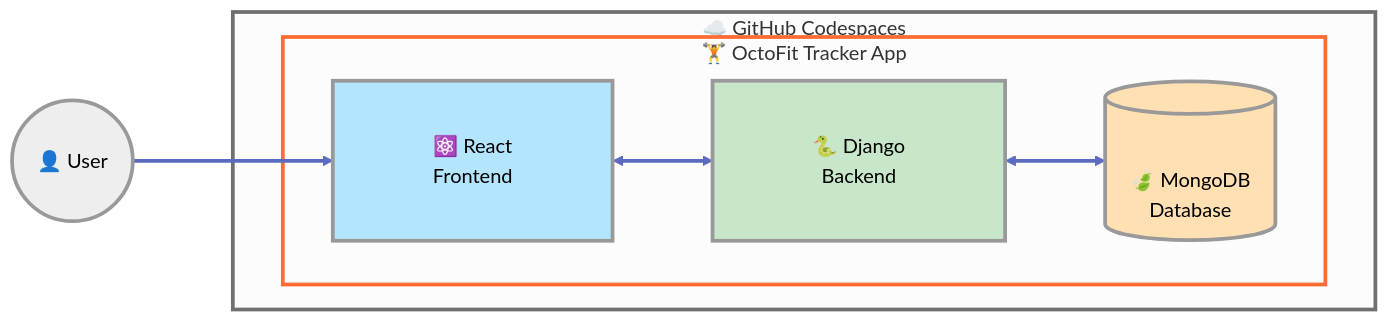
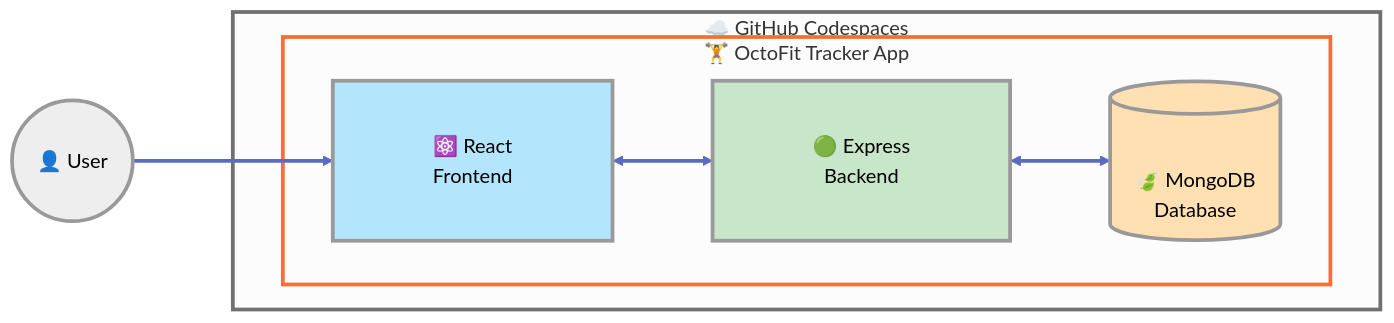
The diagram in README.md (leonardonigri18/build-applications-w-copilot-agent-mode), drawn with Mermaid before and after one commit.

Commit message:
docs: update NOS architecture diagram to the Express logic tier

````diff
--- a/README.md
+++ b/README.md
@@ -31,26 +31,26 @@
 ```mermaid
 %%{init: {'theme': 'neutral', 'themeVariables': { 'primaryColor': '#4a90d9', 'primaryTextColor': '#fff', 'primaryBorderColor': '#2d5a87', 'lineColor': '#5c6bc0', 'secondaryColor': '#81c784', 'tertiaryColor': '#fff3e0'}, 'flowchart': {'nodeSpacing': 50, 'rankSpacing': 80, 'padding': 40}}}%%
 flowchart LR
     User((👤 User))
     
     subgraph Codespaces [☁️ GitHub Codespaces]
         subgraph App [🏋️ OctoFit Tracker App]
             Frontend[⚛️ React<br/>Frontend]
-            Backend[🐍 Django<br/>Backend]
+            Backend[🟢 Express<br/>Backend]
             Database[(🍃 MongoDB<br/>Database)]
         end
     end
     
     User --> Frontend
     Frontend <--> Backend
     Backend <--> Database
     
     style User stroke-width:3px
     style Frontend stroke-width:3px,fill:#b3e5fc,color:#000
     style Backend stroke-width:3px,fill:#c8e6c9,color:#000
     style Database stroke-width:3px,fill:#ffe0b2,color:#000
     style Codespaces stroke-width:3px
     style App stroke-width:3px,stroke:#ff6b35
     
     linkStyle default stroke-width:3px
 ```
````
